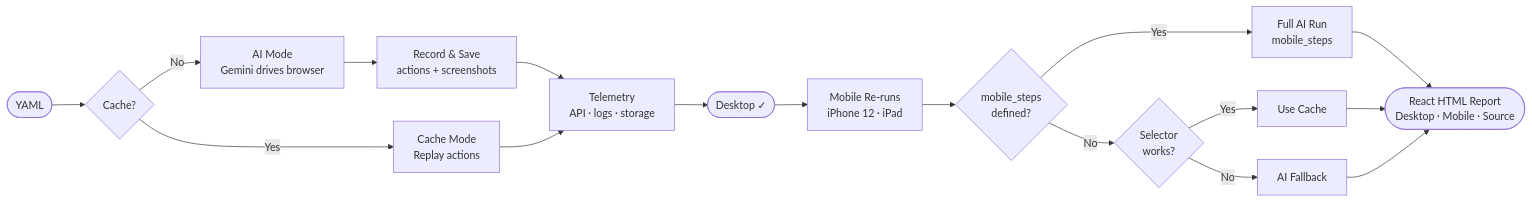
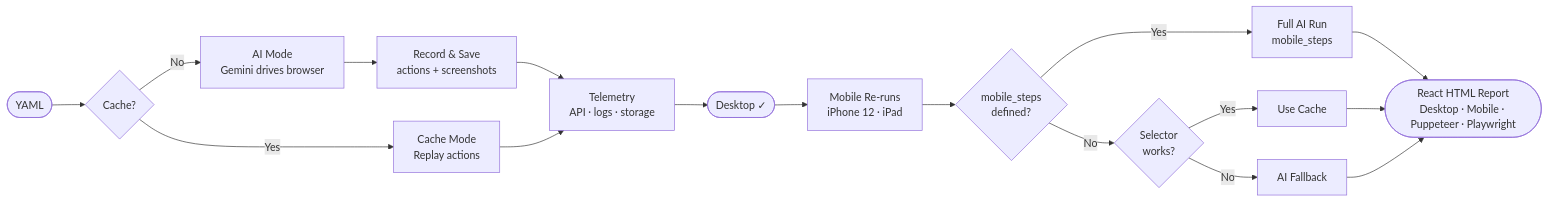
The diagram in README.md (Adhishtanaka/QAA), drawn with Mermaid before and after one commit. The commit also changed other lines of this file and 7 other files, not shown here.

````diff
--- a/README.md
+++ b/README.md
@@ -7,17 +7,17 @@
 ```mermaid
 flowchart LR
     A([YAML]) --> B{Cache?}
     B -- No --> C[AI Mode\nGemini drives browser]
     B -- Yes --> D[Cache Mode\nReplay actions]
     C --> E[Record & Save\nactions + screenshots]
     E --> F[Telemetry\nAPI · logs · storage]
     D --> F
     F --> G([Desktop ✓])
     G --> H[Mobile Re-runs\niPhone 12 · iPad]
     H --> I{mobile_steps\ndefined?}
     I -- Yes --> J[Full AI Run\nmobile_steps]
     I -- No --> K{Selector\nworks?}
     K -- Yes --> L[Use Cache]
     K -- No --> M[AI Fallback]
-    J & L & M --> N([React HTML Report\nDesktop · Mobile · Source])
+    J & L & M --> N([React HTML Report\nDesktop · Mobile · Puppeteer · Playwright])
 ```
````
